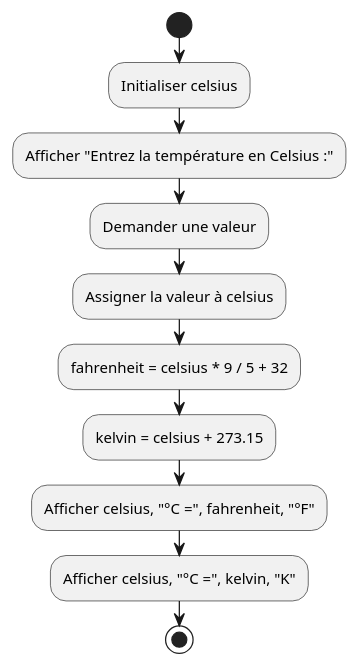
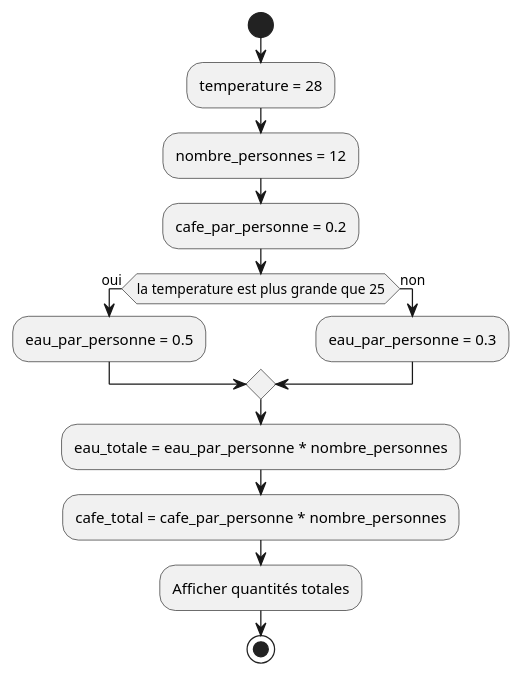
One commit to HEIG-VD-Prog-Course/HEIG-VD-ProgIM-Course changed the fifth of 10 diagrams in 02.01-sequence-selection-iteration/02-exercices/README.md. Above: the diagram before and after it, drawn with PlantUML. The commit also changed other lines of this file and 1 other file, not shown here.

Commit message:
Refactor exercises in sequence, selection, and iteration section: (#15)

````diff
--- a/02.01-sequence-selection-iteration/02-exercices/README.md
+++ b/02.01-sequence-selection-iteration/02-exercices/README.md
@@ -551,14 +537,17 @@
 ```plantuml
 @startuml
 start
-:Initialiser celsius;
-:Afficher "Entrez la température en Celsius :";
-:Demander une valeur;
-:Assigner la valeur à celsius;
-:fahrenheit = celsius * 9 / 5 + 32;
-:kelvin = celsius + 273.15;
-:Afficher celsius, "°C =", fahrenheit, "°F";
-:Afficher celsius, "°C =", kelvin, "K";
+:temperature = 28;
+:nombre_personnes = 12;
+:cafe_par_personne = 0.2;
+if (la temperature est plus grande que 25) then (oui)
+    :eau_par_personne = 0.5;
+else (non)
+    :eau_par_personne = 0.3;
+endif
+:eau_totale = eau_par_personne * nombre_personnes;
+:cafe_total = cafe_par_personne * nombre_personnes;
+:Afficher quantités totales;
 stop
 @enduml
 ```
````
